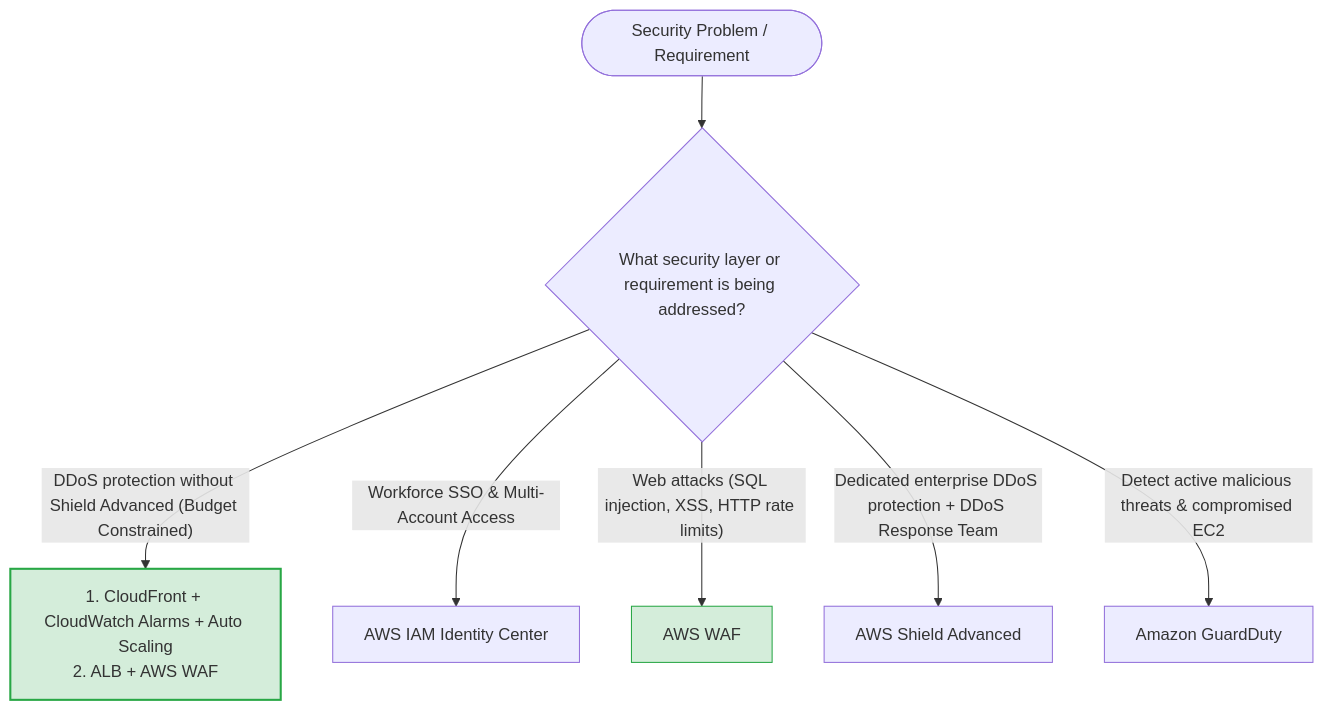
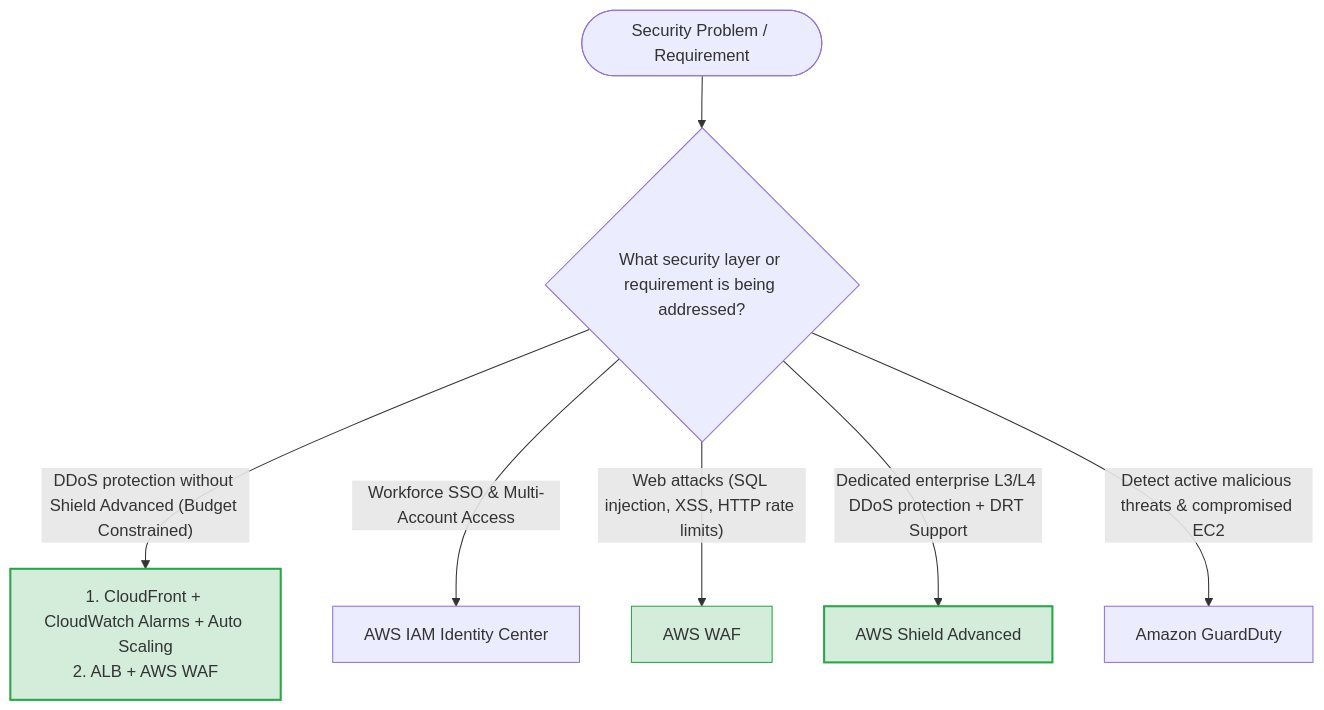
The sixth of 6 diagrams in Professional/3.2 Security-specific AWS solutions.md (ReginRavi/AIP-C01), drawn with Mermaid before and after one commit. The commit also changed other lines of this file and 15 other files, not shown here.

Commit message:
docs: update SAP-C02 reference guides with exam scenarios, diagrams, and trap rules

````diff
--- a/Professional/3.2 Security-specific AWS solutions.md
+++ b/Professional/3.2 Security-specific AWS solutions.md
@@ -210,14 +266,15 @@
 ```mermaid
 flowchart TD
     Start(["Security Problem / Requirement"]) --> Q1{"What security layer or requirement is being addressed?"}
 
     Q1 -- "DDoS protection without Shield Advanced (Budget Constrained)" --> Ans_DDoS_Std["1. CloudFront + CloudWatch Alarms + Auto Scaling<br/>2. ALB + AWS WAF"]
 
     Q1 -- "Workforce SSO & Multi-Account Access" --> Ans_IDC["AWS IAM Identity Center"]
     Q1 -- "Web attacks (SQL injection, XSS, HTTP rate limits)" --> Ans_WAF["AWS WAF"]
-    Q1 -- "Dedicated enterprise DDoS protection + DDoS Response Team" --> Ans_Shield["AWS Shield Advanced"]
+    Q1 -- "Dedicated enterprise L3/L4 DDoS protection + DRT Support" --> Ans_Shield["AWS Shield Advanced"]
     Q1 -- "Detect active malicious threats & compromised EC2" --> Ans_GD["Amazon GuardDuty"]
 
     style Ans_DDoS_Std fill:#d4edda,stroke:#28a745,stroke-width:2px
     style Ans_WAF fill:#d4edda,stroke:#28a745,stroke-width:1px
+    style Ans_Shield fill:#d4edda,stroke:#28a745,stroke-width:2px
 ```
````
